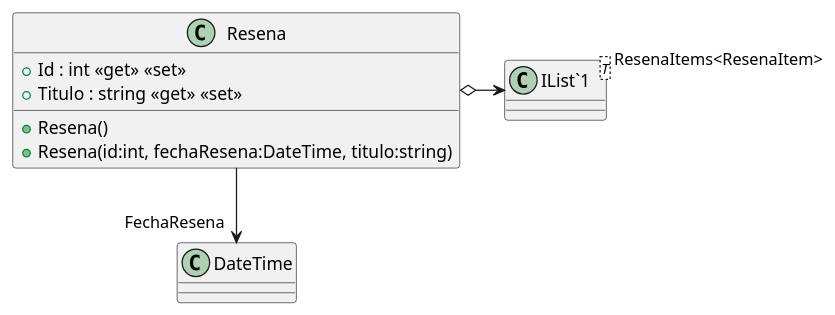
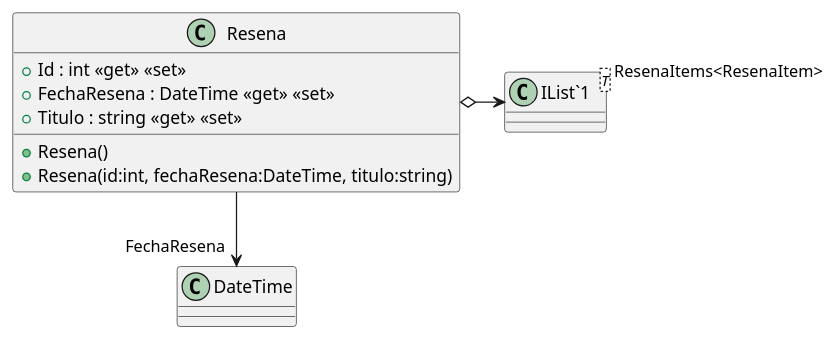
The diagram in src/AppForSEII.API/ClassDiagram/Resena.puml (ISII2627LosElnes/ISII2627LosElnes), drawn with PlantUML before and after one commit. The commit also changed 11 other files, not shown here.

```diff
--- a/src/AppForSEII.API/ClassDiagram/Resena.puml
+++ b/src/AppForSEII.API/ClassDiagram/Resena.puml
@@ -1,12 +1,13 @@
 @startuml
 class Resena {
     + Resena()
     + Resena(id:int, fechaResena:DateTime, titulo:string)
     + Id : int <<get>> <<set>>
+    + FechaResena : DateTime <<get>> <<set>>
     + Titulo : string <<get>> <<set>>
 }
 class "IList`1"<T> {
 }
 Resena --> "FechaResena" DateTime
 Resena o-> "ResenaItems<ResenaItem>" "IList`1"
 @enduml
```
